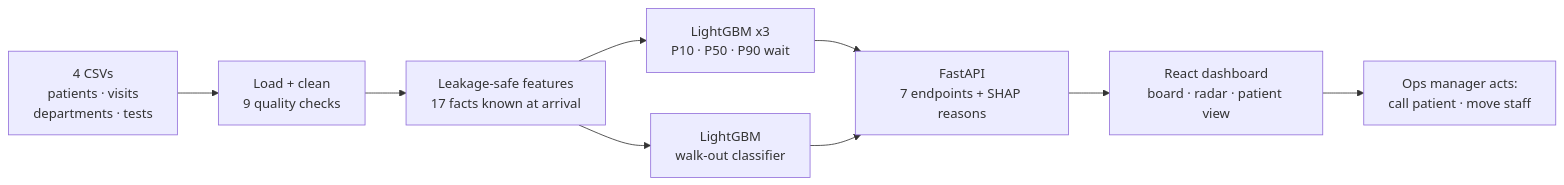
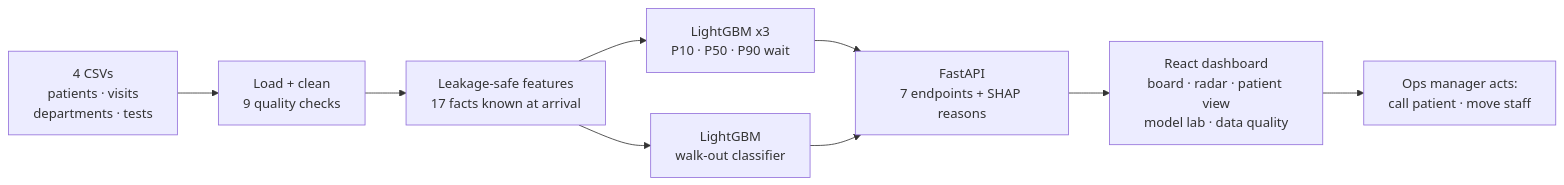
One commit to keshav301104/QueueSight changed the diagram in README.md. Above: the diagram before and after it, drawn with Mermaid. The commit also changed other lines of this file, not shown here.

````diff
--- a/README.md
+++ b/README.md
@@ -64,11 +65,11 @@
 ```mermaid
 flowchart LR
     A[4 CSVs<br/>patients · visits<br/>departments · tests] --> B[Load + clean<br/>9 quality checks]
     B --> C[Leakage-safe features<br/>17 facts known at arrival]
     C --> D[LightGBM x3<br/>P10 · P50 · P90 wait]
     C --> E[LightGBM<br/>walk-out classifier]
     D --> F[FastAPI<br/>7 endpoints + SHAP reasons]
     E --> F
-    F --> G[React dashboard<br/>board · radar · patient view]
+    F --> G[React dashboard<br/>board · radar · patient view<br/>model lab · data quality]
     G --> H[Ops manager acts:<br/>call patient · move staff]
 ```
````
